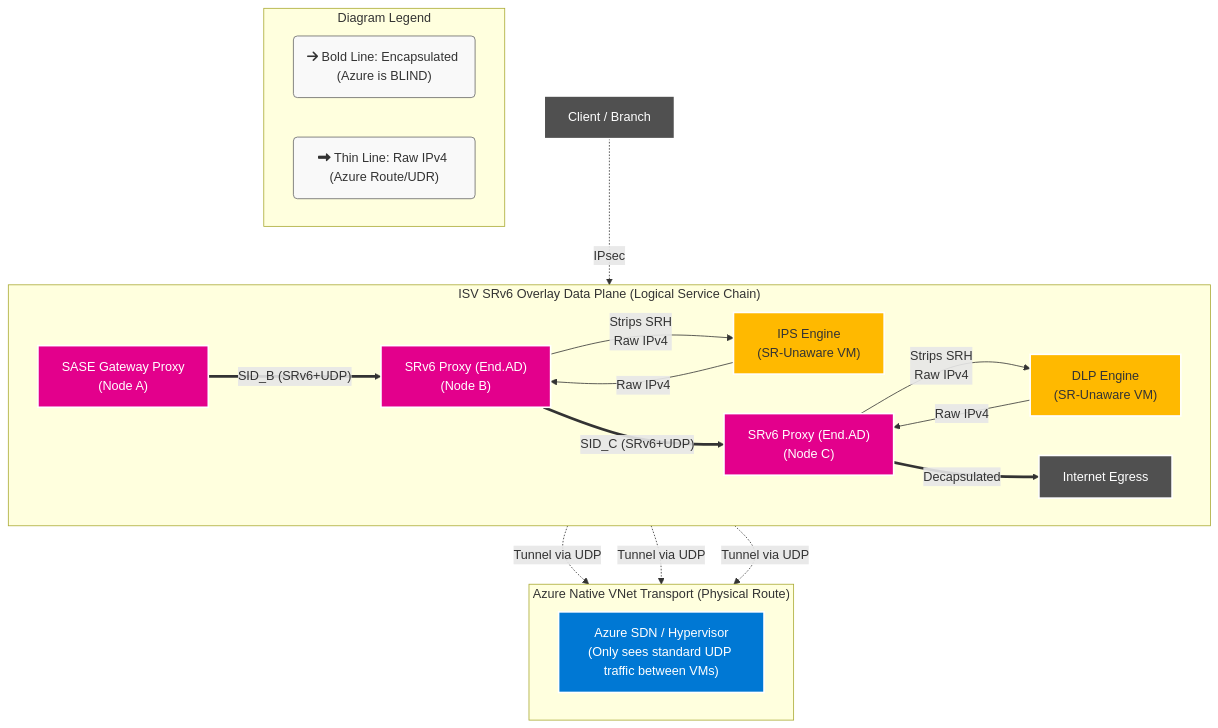
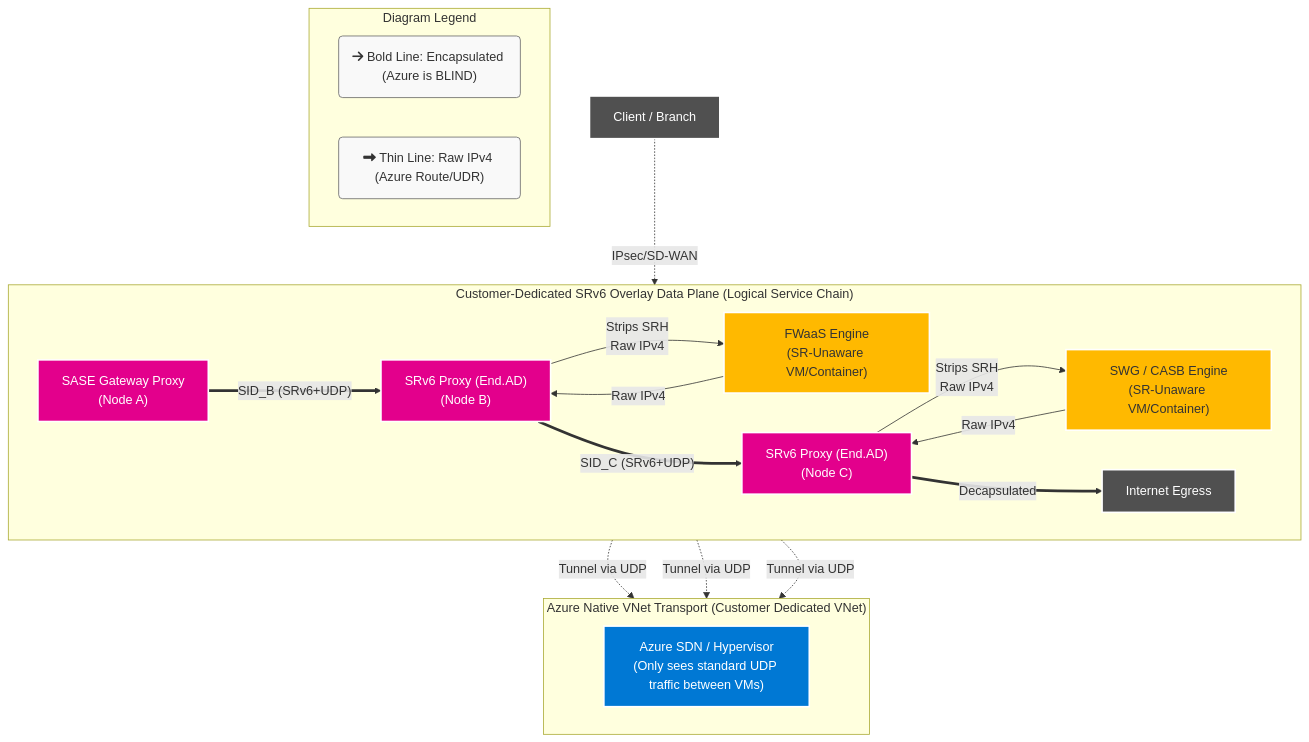
Before and after one commit to roie9876/SASE: the ninth of 10 diagrams in README.md, drawn with Mermaid. The commit also changed other lines of this file, not shown here.

Commit message:
docs: Update Underlay vs Overlay diagram for SASE per-customer model

````diff
--- a/README.md
+++ b/README.md
@@ -688,48 +688,48 @@
 ```mermaid
 flowchart TD
     %% Styling
     classDef cloud fill:#0078D4,stroke:#fff,stroke-width:2px,color:#fff
     classDef proxy fill:#E3008C,stroke:#fff,stroke-width:2px,color:#fff
     classDef secApp fill:#FFB900,stroke:#fff,stroke-width:2px,color:#333
     classDef endUser fill:#505050,stroke:#fff,stroke-width:2px,color:#fff
 
     Client["Client / Branch"]:::endUser
 
     classDef legendBox fill:#f9f9f9,stroke:#666,stroke-width:1px,color:#333
 
     subgraph Legend [" Diagram Legend "]
         L1("fa:fa-arrow-right Bold Line: Encapsulated (Azure is BLIND)"):::legendBox
         L2("fa:fa-long-arrow-alt-right Thin Line: Raw IPv4 (Azure Route/UDR)"):::legendBox
     end
 
-    subgraph Logical_Overlay [" ISV SRv6 Overlay Data Plane (Logical Service Chain) "]
+    subgraph Logical_Overlay [" Customer-Dedicated SRv6 Overlay Data Plane (Logical Service Chain) "]
         direction LR
         Ingress["SASE Gateway Proxy<br/>(Node A)"]:::proxy
         ProxyB["SRv6 Proxy (End.AD)<br/>(Node B)"]:::proxy
         ProxyC["SRv6 Proxy (End.AD)<br/>(Node C)"]:::proxy
         Egress["Internet Egress"]:::endUser
         
-        IPS["IPS Engine<br/>(SR-Unaware VM)"]:::secApp
-        DLP["DLP Engine<br/>(SR-Unaware VM)"]:::secApp
+        IPS["FWaaS Engine<br/>(SR-Unaware VM/Container)"]:::secApp
+        DLP["SWG / CASB Engine<br/>(SR-Unaware VM/Container)"]:::secApp
         
         Ingress == "SID_B (SRv6+UDP)" ==> ProxyB
         ProxyB -- "Strips SRH<br/>Raw IPv4" --> IPS
         IPS -- "Raw IPv4" --> ProxyB
         ProxyB == "SID_C (SRv6+UDP)" ==> ProxyC
         ProxyC -- "Strips SRH<br/>Raw IPv4" --> DLP
         DLP -- "Raw IPv4" --> ProxyC
         ProxyC == "Decapsulated" ==> Egress
     end
     
-    subgraph Azure_Underlay [" Azure Native VNet Transport (Physical Route) "]
+    subgraph Azure_Underlay [" Azure Native VNet Transport (Customer Dedicated VNet) "]
         direction LR
         VNet["Azure SDN / Hypervisor<br/>(Only sees standard UDP traffic between VMs)"]:::cloud
     end
     
-    Client -. "IPsec" .-> Ingress
+    Client -. "IPsec/SD-WAN" .-> Ingress
     
     %% Relationships bridging underlay/overlay
     Ingress -. "Tunnel via UDP" .-> VNet
     ProxyB -. "Tunnel via UDP" .-> VNet
     ProxyC -. "Tunnel via UDP" .-> VNet
 ```
````
